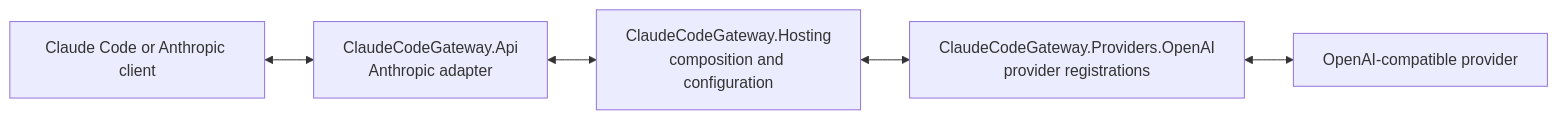
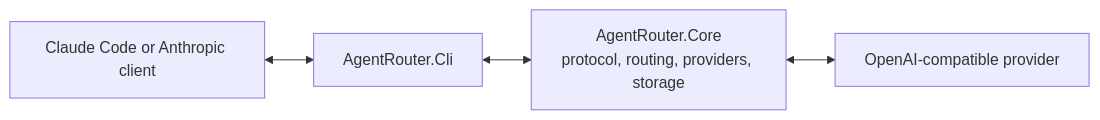
The diagram in readme.md (mehdihadeli/agent-router), drawn with Mermaid before and after one commit. The commit also changed other lines of this file and 237 other files, not shown here.

Commit message:
chore: rename project to agent-router

````diff
--- a/readme.md
+++ b/readme.md
@@ -22,9 +22,8 @@
 ```mermaid
 flowchart LR
-	C[Claude Code or Anthropic client]
-	A[ClaudeCodeGateway.Api\nAnthropic adapter]
-	H[ClaudeCodeGateway.Hosting\ncomposition and configuration]
-	P[ClaudeCodeGateway.Providers.OpenAI\nprovider registrations]
-	O[OpenAI-compatible provider]
-	C <--> A <--> H <--> P <--> O
+    C[Claude Code or Anthropic client]
+    CLI[AgentRouter.Cli]
+    Core[AgentRouter.Core\nprotocol, routing, providers, storage]
+    O[OpenAI-compatible provider]
+    C <--> CLI <--> Core <--> O
 ```
````
